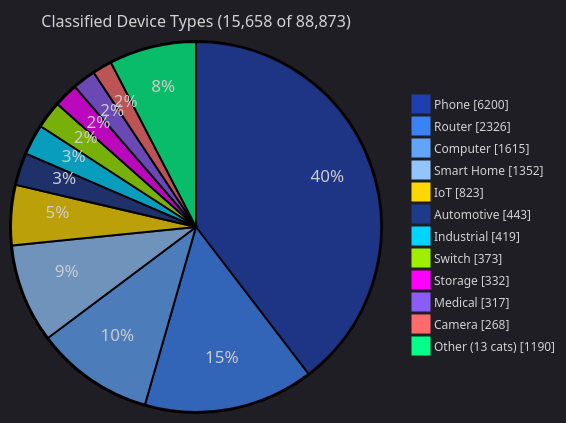
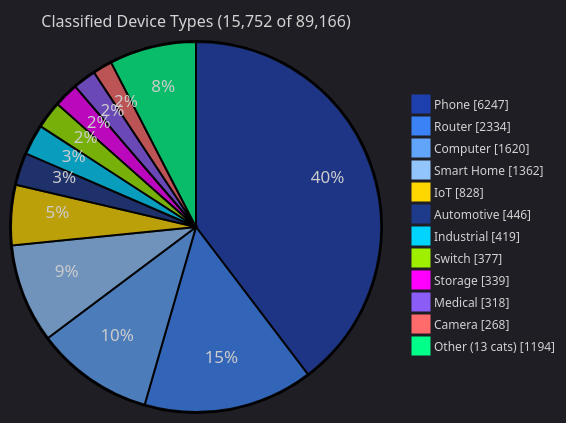
Before and after one commit to user7321347/OUI-Master-Database: the fourth of 5 diagrams in README.md, drawn with Mermaid. The commit also changed other lines of this file and 14 other files, not shown here.

````diff
--- a/README.md
+++ b/README.md
@@ -166,17 +166,17 @@
 ```mermaid
 %%{init: {'theme':'dark', 'themeVariables': {'pie1':'#1E40AF','pie2':'#3B82F6','pie3':'#60A5FA','pie4':'#93C5FD','pie5':'#FFD700','pie6':'#1E3A8A','pie7':'#00D4FF','pie8':'#9FEF00','pie9':'#FF00FF','pie10':'#8B5CF6','pie11':'#FF6B6B','pie12':'#00FF88','pieTitleTextSize':'16px','pieLegendTextSize':'12px'}}}%%
 pie showData
-    title Classified Device Types (15,658 of 88,873)
-    "Phone" : 6200
-    "Router" : 2326
-    "Computer" : 1615
-    "Smart Home" : 1352
-    "IoT" : 823
-    "Automotive" : 443
+    title Classified Device Types (15,752 of 89,166)
+    "Phone" : 6247
+    "Router" : 2334
+    "Computer" : 1620
+    "Smart Home" : 1362
+    "IoT" : 828
+    "Automotive" : 446
     "Industrial" : 419
-    "Switch" : 373
-    "Storage" : 332
-    "Medical" : 317
+    "Switch" : 377
+    "Storage" : 339
+    "Medical" : 318
     "Camera" : 268
-    "Other (13 cats)" : 1190
+    "Other (13 cats)" : 1194
 ```
````
